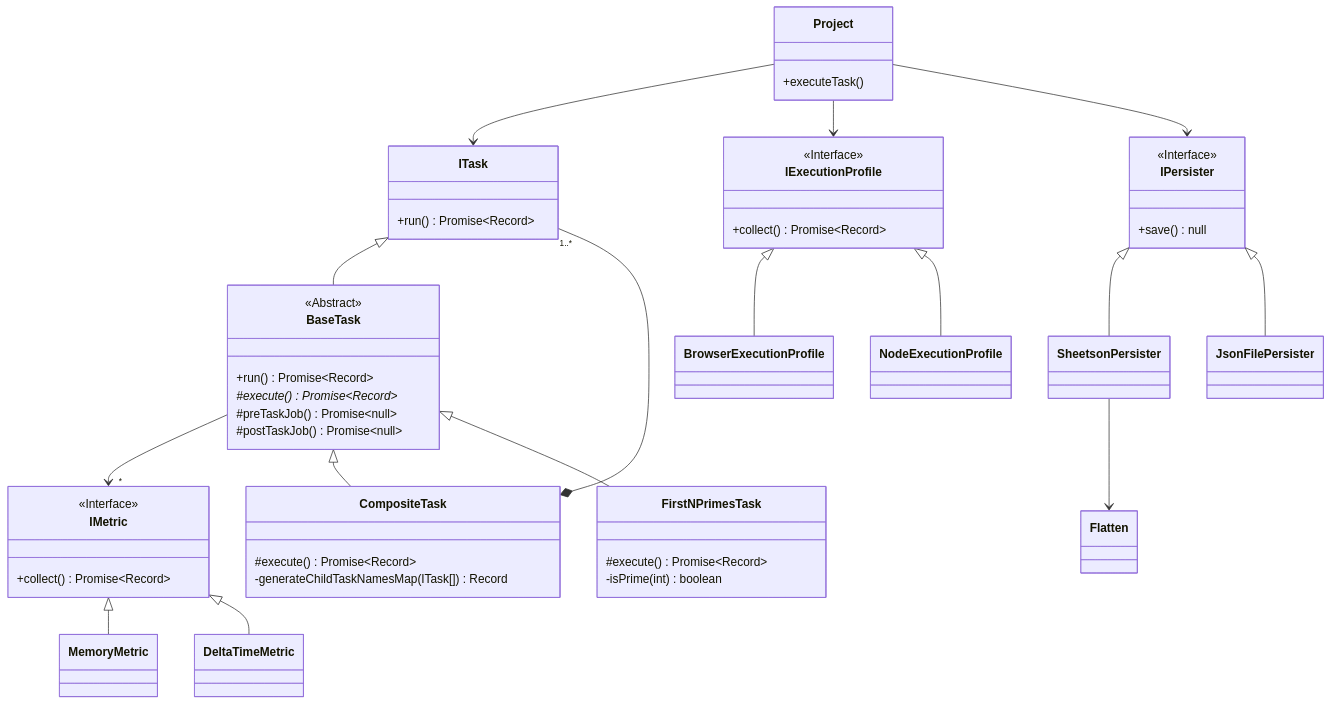
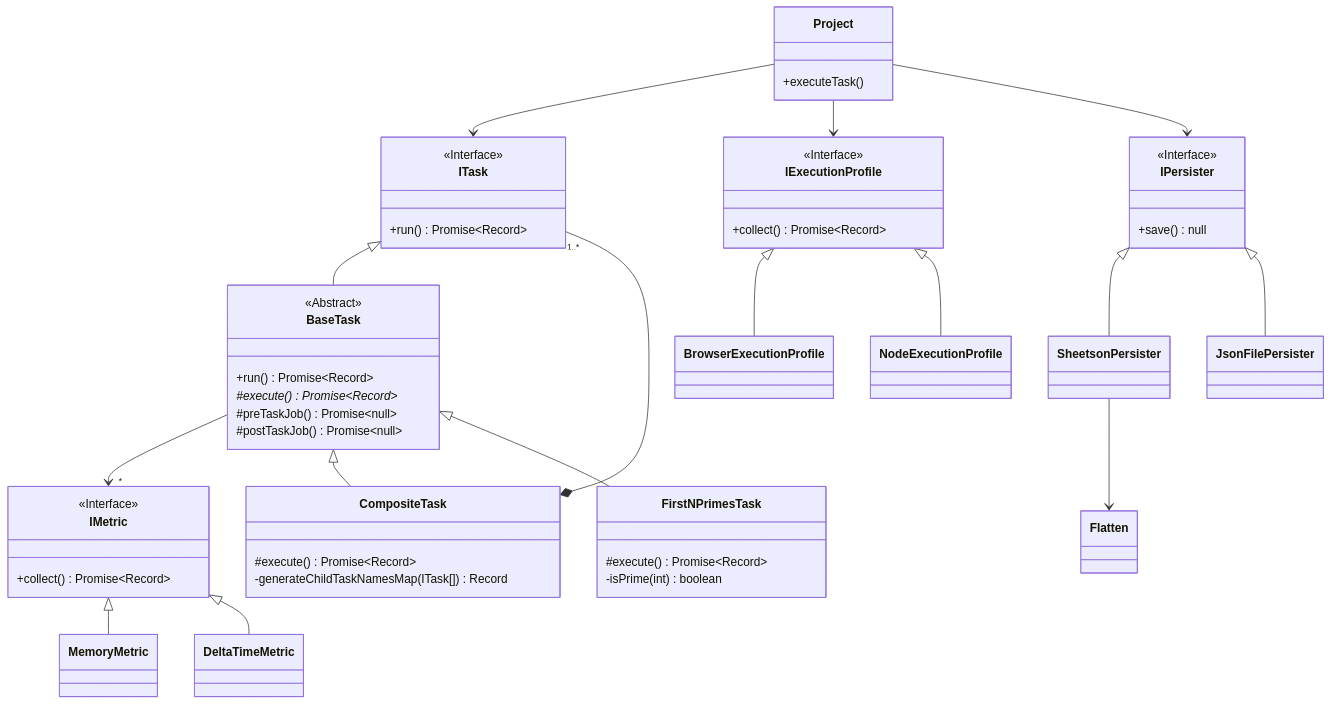
Before and after one commit to El-Chupacabra-TCC/el-chupacabra: the diagram in docs/diagrama-classes-mermaid.md, drawn with Mermaid.

Commit message:
Correção no diagrama de classes. Faltava a tag interface em ITask.

```diff
--- a/docs/diagrama-classes-mermaid.md
+++ b/docs/diagrama-classes-mermaid.md
@@ -24,6 +24,7 @@
         ITask "1..*" --* CompositeTask
 
         class ITask {
+            <<Interface>>
             +run() Promise~Record~
         }
 
```
